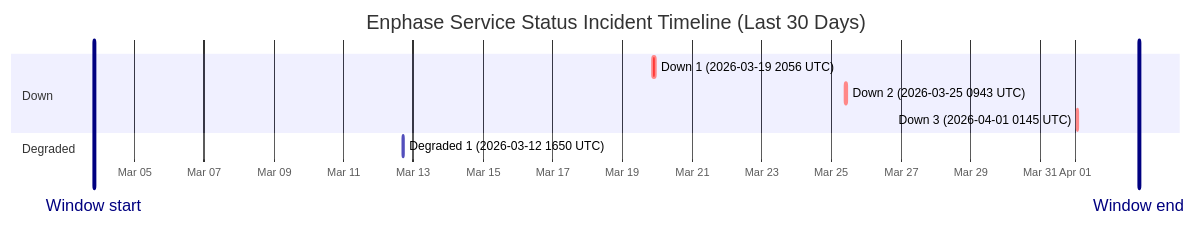
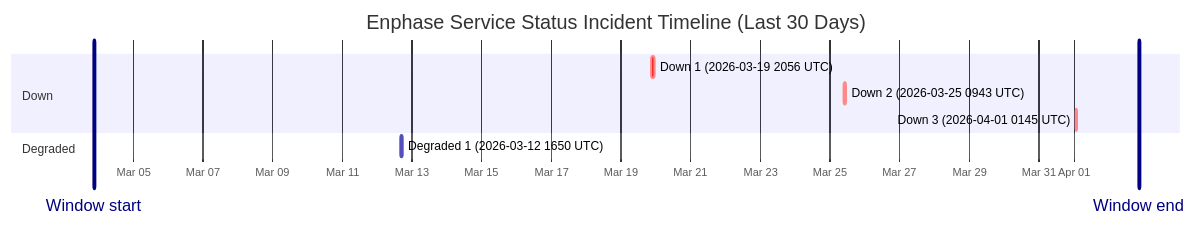
Before and after one commit to barneyonline/ha-enphase-ev-charger: the diagram in wiki/Service-Status-History.md, drawn with Mermaid. The commit also changed other lines of this file and 3 other files, not shown here.

````diff
--- a/wiki/Service-Status-History.md
+++ b/wiki/Service-Status-History.md
@@ -14,14 +14,14 @@
 ```mermaid
 gantt
     title Enphase Service Status Incident Timeline (Last 30 Days)
     dateFormat  YYYY-MM-DDTHH:mm:ss
     axisFormat  %b %d
-    Window start :vert, window-start, 2026-03-03T20:03:37, 0ms
-    Window end :vert, window-end, 2026-04-02T20:03:37, 0ms
+    Window start :vert, window-start, 2026-03-03T21:01:50, 0ms
+    Window end :vert, window-end, 2026-04-02T21:01:50, 0ms
     section Down
     Down 1 (2026-03-19 2056 UTC) :crit, down-1, 2026-03-19T20:56:20, 145m
     Down 2 (2026-03-25 0943 UTC) :crit, down-2, 2026-03-25T09:43:28, 111m
     Down 3 (2026-04-01 0145 UTC) :crit, down-3, 2026-04-01T01:45:09, 60m
     section Degraded
     Degraded 1 (2026-03-12 1650 UTC) :active, degraded-1, 2026-03-12T16:50:43, 60m
 ```
````
